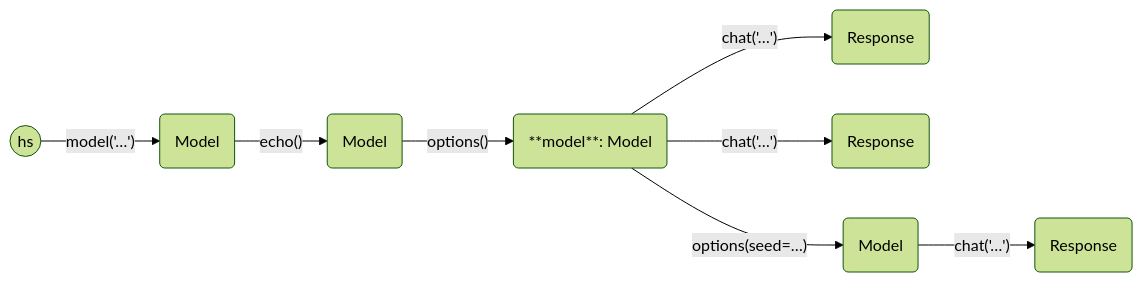
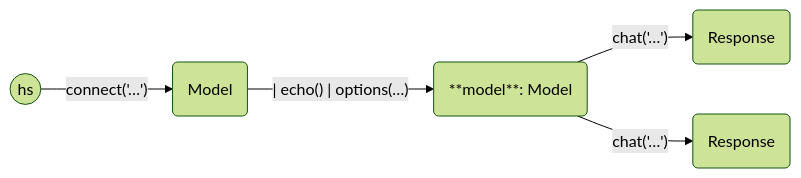
One commit to andygill/haverscript changed the diagram in examples/options/README.md. Above: the diagram before and after it, drawn with Mermaid (forest theme). The commit also changed other lines of this file and 14 other files, not shown here.

````diff
--- a/examples/options/README.md
+++ b/examples/options/README.md
@@ -64,21 +60,16 @@
 ```mermaid
 graph LR
 
     start((hs))
     m0(Model)
-    m1(Model)
     m2(**model**: Model)
     r0(Response)
     r1(Response)
-    r2(Response)
-    m3(Model)
 
-    start -- model('…') --> m0
-    m0 -- echo() --> m1
-    m1 -- options() --> m2
+    start -- connect('…') --> m0
+    m0 -- | echo() | options(…) --> m2
     m2 -- chat('…') --> r0
     m2 -- chat('…') --> r1
-    m2 -- options(seed=…) --> m3
-    m3 -- chat('…') --> r2
+
 
 ```
````
